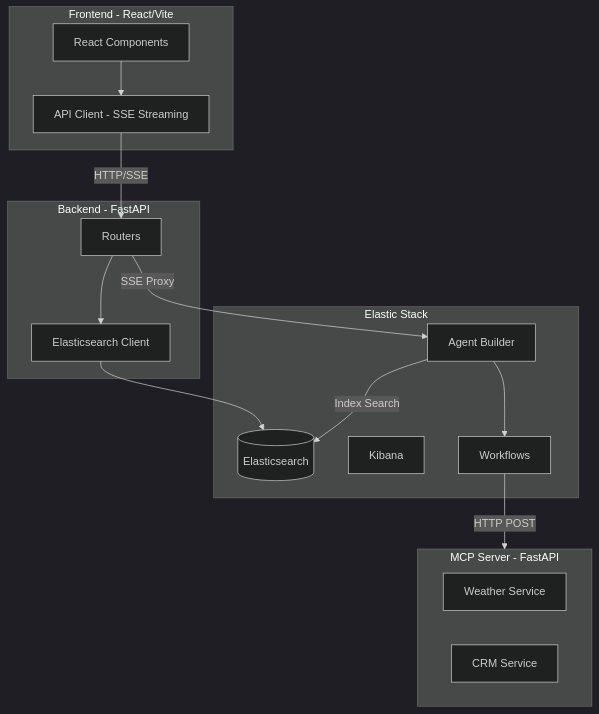
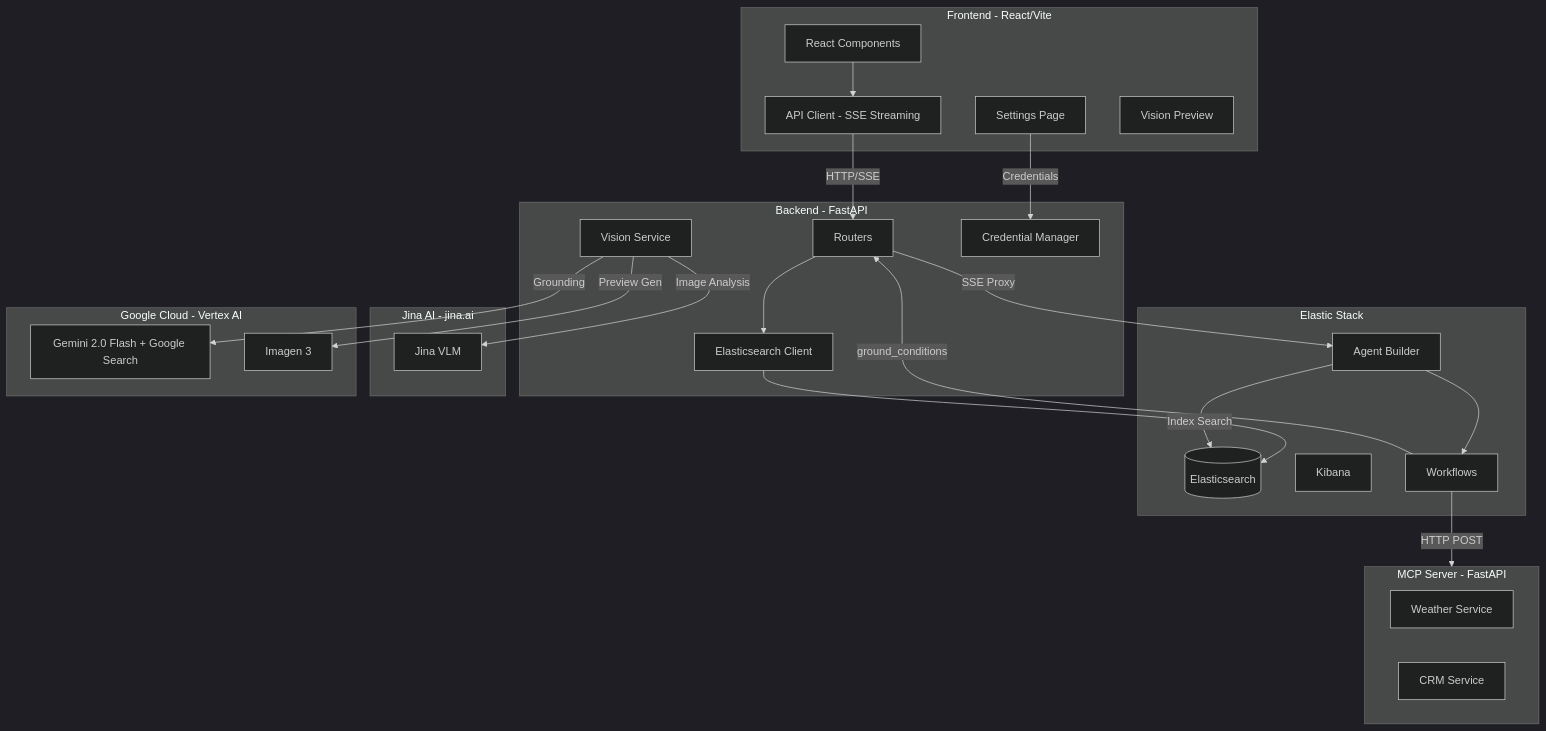
One commit to jeffvestal/wayfinder_supply_co changed the diagram in AGENTS.md. Above: the diagram before and after it, drawn with Mermaid (dark theme). The commit also changed other lines of this file, not shown here.

First line of the commit message:
Update AGENTS.md with feature/jina-vlm-vision branch context

````diff
--- a/AGENTS.md
+++ b/AGENTS.md
@@ -23,33 +45,51 @@
 ```mermaid
 flowchart TB
     subgraph frontend [Frontend - React/Vite]
         UI[React Components]
         API_Client[API Client - SSE Streaming]
+        Settings[Settings Page]
+        VisionPreview[Vision Preview]
     end
 
     subgraph backend [Backend - FastAPI]
         Routers[Routers]
         ES_Client[Elasticsearch Client]
+        VisionSvc[Vision Service]
+        CredMgr[Credential Manager]
     end
 
     subgraph elastic [Elastic Stack]
         ES[(Elasticsearch)]
         Kibana[Kibana]
         AgentBuilder[Agent Builder]
         Workflows[Workflows]
     end
 
+    subgraph jina [Jina AI - jina.ai]
+        JinaVLM[Jina VLM]
+    end
+
+    subgraph gcp [Google Cloud - Vertex AI]
+        Gemini[Gemini 2.0 Flash + Google Search]
+        Imagen[Imagen 3]
+    end
+
     subgraph mcp [MCP Server - FastAPI]
         Weather[Weather Service]
         CRM[CRM Service]
     end
 
     UI --> API_Client
     API_Client -->|HTTP/SSE| Routers
+    Settings -->|Credentials| CredMgr
     Routers --> ES_Client
     ES_Client --> ES
     Routers -->|SSE Proxy| AgentBuilder
     AgentBuilder --> Workflows
     Workflows -->|HTTP POST| mcp
     AgentBuilder -->|Index Search| ES
+    VisionSvc -->|Image Analysis| JinaVLM
+    VisionSvc -->|Grounding| Gemini
+    VisionSvc -->|Preview Gen| Imagen
+    Workflows -->|ground_conditions| Routers
 ```
````
